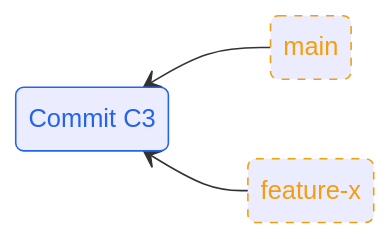
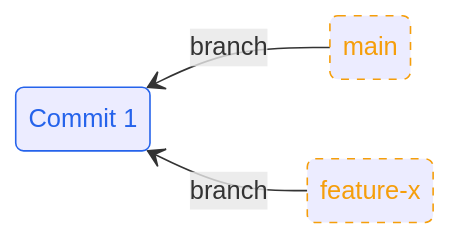
One commit to lizsalmon/iCSC-Git-talk changed the eighth of 21 diagrams in slides.md. Above: the diagram before and after it, drawn with Mermaid. The commit also changed other lines of this file and 1 other file, not shown here.

````diff
--- a/slides.md
+++ b/slides.md
@@ -447,19 +463,19 @@
 ```mermaid
 stateDiagram-v2
   direction RL
 
-  state "Commit C3" as C3
+  state "Commit 1" as C1
 
   state "main" as main
   state "feature-x" as fx
 
-  main --> C3
-  fx --> C3
+  main --> C1 : branch
+  fx --> C1 : branch
 
   %% Styling
   class main,fx branch
-  class C4,C3 parent
+  class C2,C1 parent
 
   classDef branch stroke:#f59e0b,stroke-dasharray: 5 5,color:#f59e0b
   classDef parent stroke:#2563eb,color:#2563eb
 ```
````
